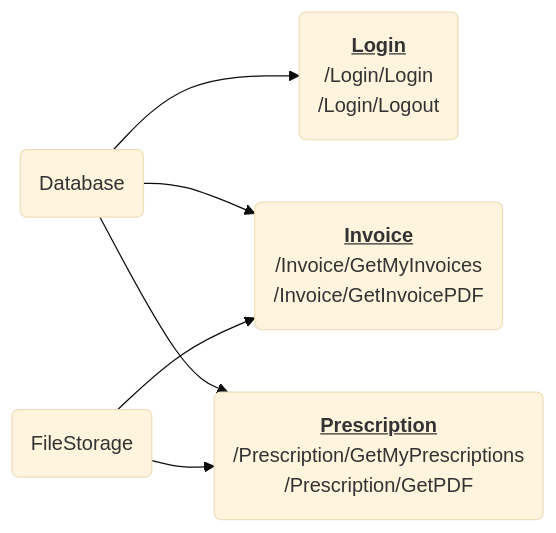
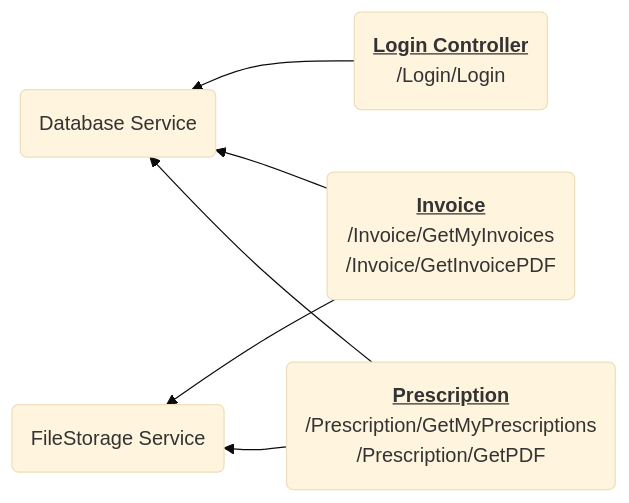
Before and after one commit to cyber-security-academy/roots-prescription: the diagram in README.md, drawn with Mermaid (base theme). The commit also changed other lines of this file, not shown here.

````diff
--- a/README.md
+++ b/README.md
@@ -32,16 +34,16 @@
 ```mermaid
-graph LR;
-Login("<b><u>Login</u></b><br/>/Login/Login<br/>/Login/Logout")
+graph RL;
+Login("<b><u>Login Controller</u></b><br/>/Login/Login")
 Invoice("<b><u>Invoice</u></b><br/>/Invoice/GetMyInvoices<br/>/Invoice/GetInvoicePDF")
 Prescription("<b><u>Prescription</u></b><br/>/Prescription/GetMyPrescriptions<br/>/Prescription/GetPDF")
 
-DB("Database")
-DB-->Login
-DB-->Invoice
-DB-->Prescription
+DB("Database Service")
+Login-->DB
+Invoice-->DB
+Prescription-->DB
 
-File("FileStorage")
-File-->Invoice
-File-->Prescription
+File("FileStorage Service")
+Invoice-->File
+Prescription-->File
 
 ```
````
